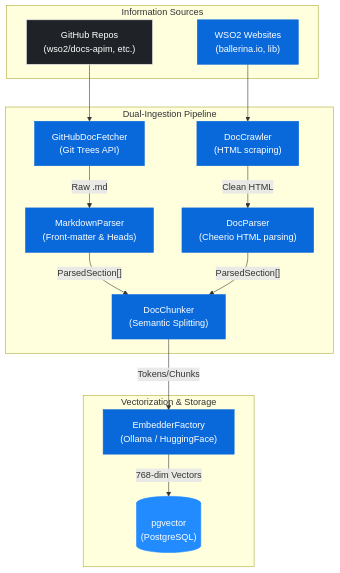
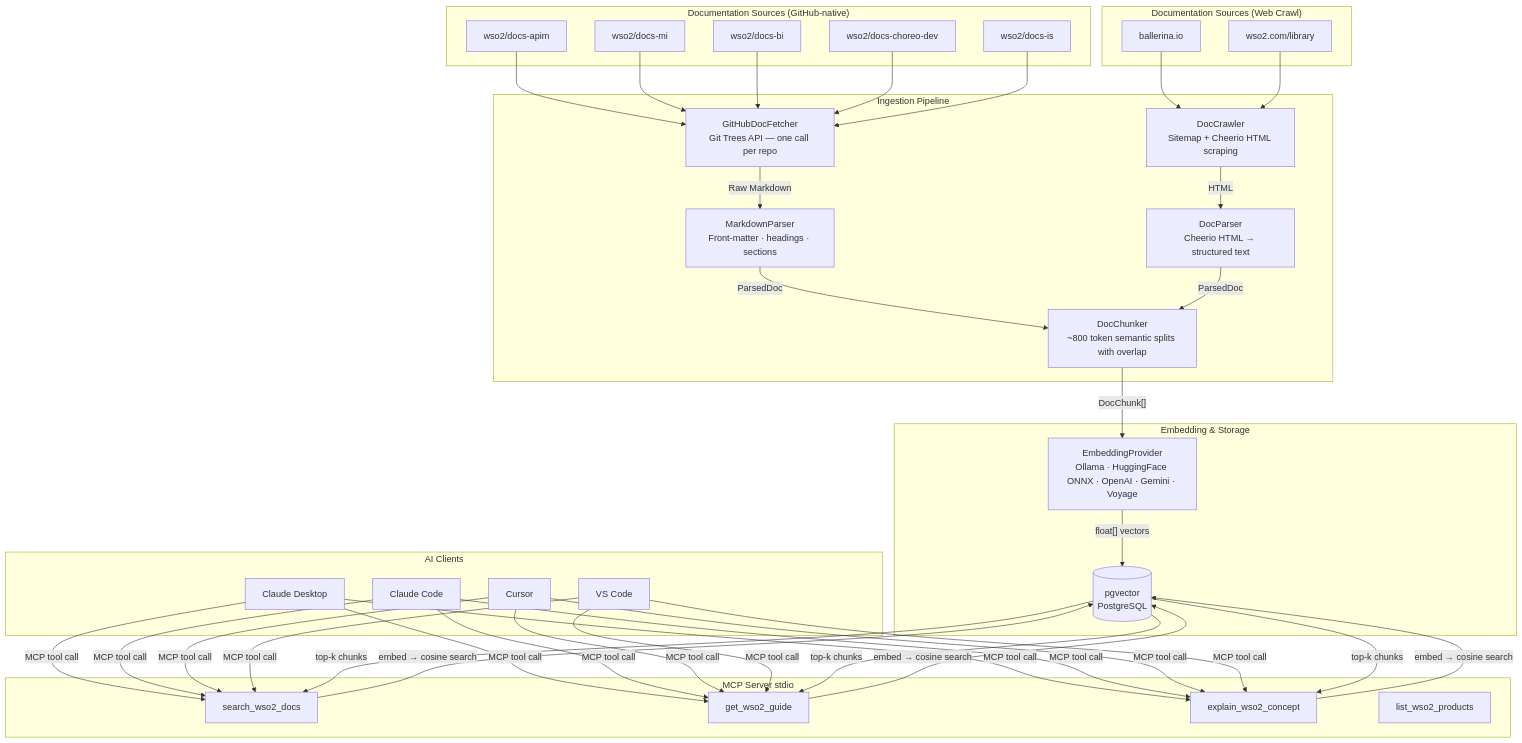
One commit to iamvirul/wso2-docs-mcp-server changed the diagram in README.md. Above: the diagram before and after it, drawn with Mermaid. The commit also changed other lines of this file and 2 other files, not shown here.

Commit message:
docs: update README with IS, revamp architecture diagram, add Dependabot

````diff
--- a/README.md
+++ b/README.md
@@ -14,41 +14,56 @@
 ```mermaid
 flowchart TD
-    %% Styling
-    classDef github fill:#1f2328,color:#fff,stroke:#e1e4e8
-    classDef default fill:#0969da,color:#fff,stroke:#0969da
-    classDef db fill:#218bff,color:#fff,stroke:#218bff
-    classDef web fill:#0969da,color:#fff,stroke:#0969da
-
-    subgraph Sources ["Information Sources"]
-        GH["GitHub Repos\n(wso2/docs-apim, etc.)"]:::github
-        Web["WSO2 Websites\n(ballerina.io, lib)"]:::web
+    subgraph Sources ["Documentation Sources (GitHub-native)"]
+        S1["wso2/docs-apim"]
+        S2["wso2/docs-mi"]
+        S3["wso2/docs-bi"]
+        S4["wso2/docs-choreo-dev"]
+        S5["wso2/docs-is"]
     end
 
-    subgraph Ingestion ["Dual-Ingestion Pipeline"]
-        A["GitHubDocFetcher\n(Git Trees API)"] 
-        B["DocCrawler\n(HTML scraping)"]
-        
-        C["MarkdownParser\n(Front-matter & Heads)"]
-        D["DocParser\n(Cheerio HTML parsing)"]
-        
-        E["DocChunker\n(Semantic Splitting)"]
+    subgraph WebSources ["Documentation Sources (Web Crawl)"]
+        W1["ballerina.io"]
+        W2["wso2.com/library"]
     end
 
-    subgraph Embedding ["Vectorization & Storage"]
-        F["EmbedderFactory\n(Ollama / HuggingFace)"]
-        G[("pgvector\n(PostgreSQL)")]:::db
+    subgraph Ingestion ["Ingestion Pipeline"]
+        GF["GitHubDocFetcher\nGit Trees API — one call per repo"]
+        WC["DocCrawler\nSitemap + Cheerio HTML scraping"]
+        MP["MarkdownParser\nFront-matter · headings · sections"]
+        HP["DocParser\nCheerio HTML → structured text"]
+        CK["DocChunker\n~800 token semantic splits with overlap"]
     end
 
-    %% Flow
-    GH --> A
-    Web --> B
-    
-    A -->|"Raw .md"| C
-    B -->|"Clean HTML"| D
-    
-    C -->|"ParsedSection[]"| E
-    D -->|"ParsedSection[]"| E
-    
-    E -->|"Tokens/Chunks"| F
-    F -->|"768-dim Vectors"| G
+    subgraph VectorStore ["Embedding & Storage"]
+        EM["EmbeddingProvider\nOllama · HuggingFace ONNX · OpenAI · Gemini · Voyage"]
+        PG[("pgvector\nPostgreSQL")]
+    end
+
+    subgraph Server ["MCP Server  stdio"]
+        T1["search_wso2_docs"]
+        T2["get_wso2_guide"]
+        T3["explain_wso2_concept"]
+        T4["list_wso2_products"]
+    end
+
+    subgraph Clients ["AI Clients"]
+        C1["Claude Desktop"]
+        C2["Claude Code"]
+        C3["Cursor"]
+        C4["VS Code"]
+    end
+
+    S1 & S2 & S3 & S4 & S5 --> GF
+    W1 & W2 --> WC
+
+    GF -->|"Raw Markdown"| MP
+    WC -->|"HTML"| HP
+
+    MP & HP -->|"ParsedDoc"| CK
+    CK -->|"DocChunk[]"| EM
+    EM -->|"float[] vectors"| PG
+
+    C1 & C2 & C3 & C4 -->|"MCP tool call"| T1 & T2 & T3
+    T1 & T2 & T3 -->|"embed → cosine search"| PG
+    PG -->|"top-k chunks"| T1 & T2 & T3
 ```
````
